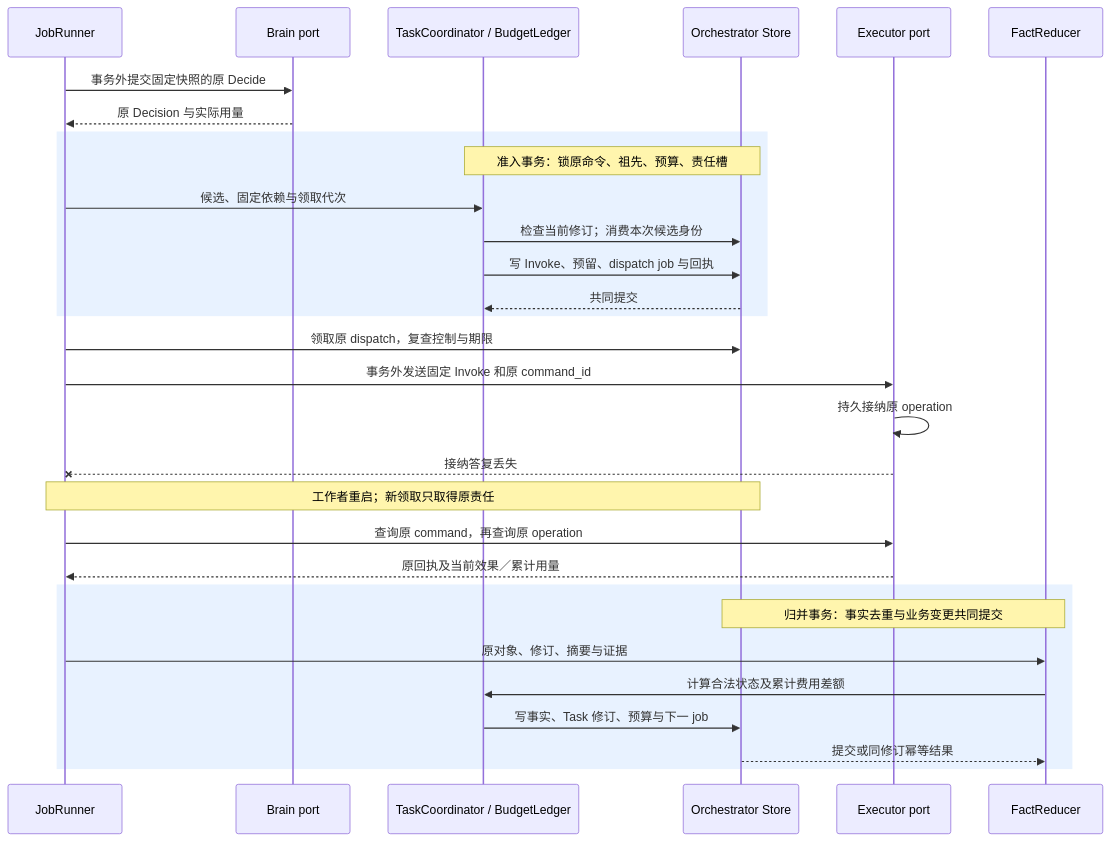
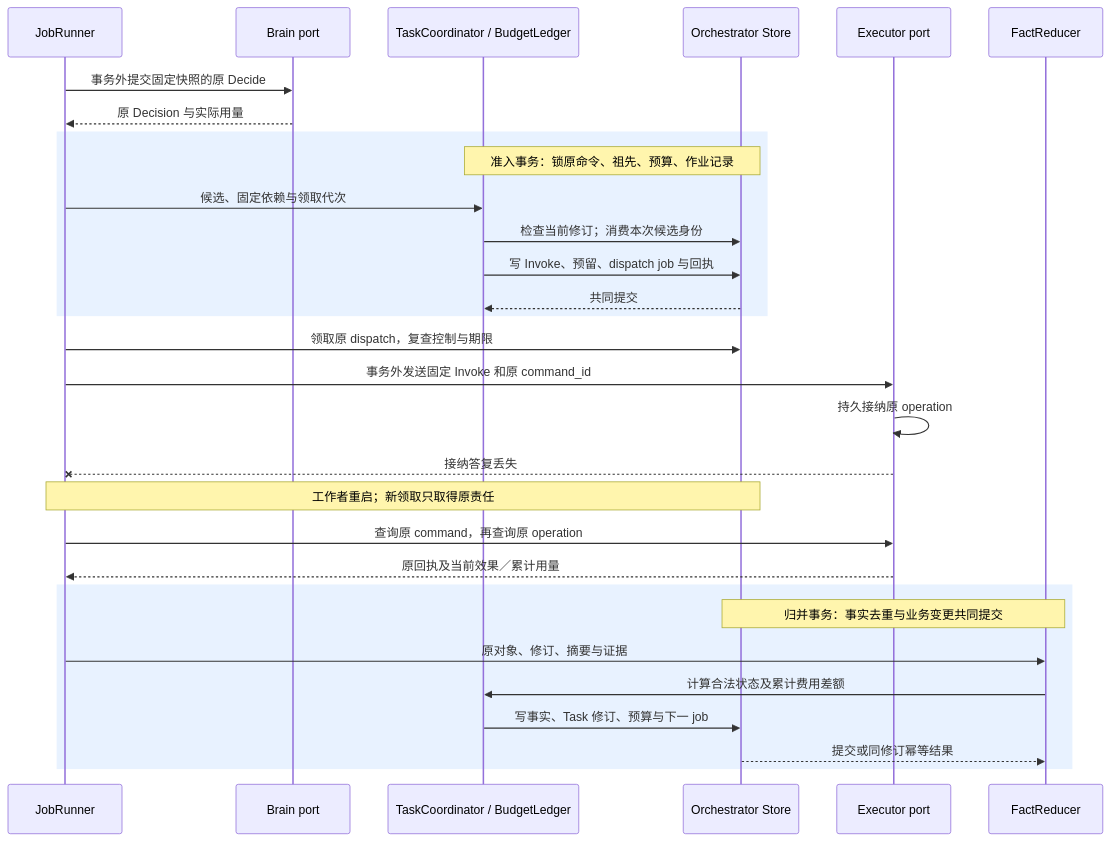
Before and after one commit to ruipengliu/lerna: the fourth of 4 diagrams in docs/architecture/orchestrator/implementation.md, drawn with Mermaid. The commit also changed other lines of this file and 205 other files, not shown here.

Commit message:
docs: unify architecture terminology

````diff
--- a/docs/architecture/orchestrator/implementation.md
+++ b/docs/architecture/orchestrator/implementation.md
@@ -370,32 +371,32 @@
 ```mermaid
 sequenceDiagram
     participant W as JobRunner
     participant B as Brain port
     participant C as TaskCoordinator / BudgetLedger
     participant S as Orchestrator Store
     participant E as Executor port
     participant F as FactReducer
     W->>B: 事务外提交固定快照的原 Decide
     B-->>W: 原 Decision 与实际用量
     rect rgb(232, 242, 255)
-      Note over C,S: 准入事务：锁原命令、祖先、预算、责任槽
+      Note over C,S: 准入事务：锁原命令、祖先、预算、作业记录
       W->>C: 候选、固定依赖与领取代次
       C->>S: 检查当前修订；消费本次候选身份
       C->>S: 写 Invoke、预留、dispatch job 与回执
       S-->>C: 共同提交
     end
     W->>S: 领取原 dispatch，复查控制与期限
     W->>E: 事务外发送固定 Invoke 和原 command_id
     E->>E: 持久接纳原 operation
     E--xW: 接纳答复丢失
     Note over W,S: 工作者重启；新领取只取得原责任
     W->>E: 查询原 command，再查询原 operation
     E-->>W: 原回执及当前效果／累计用量
     rect rgb(232, 242, 255)
       Note over F,S: 归并事务：事实去重与业务变更共同提交
       W->>F: 原对象、修订、摘要与证据
       F->>C: 计算合法状态及累计费用差额
       C->>S: 写事实、Task 修订、预算与下一 job
       S-->>F: 提交或同修订幂等结果
     end
 ```
````
